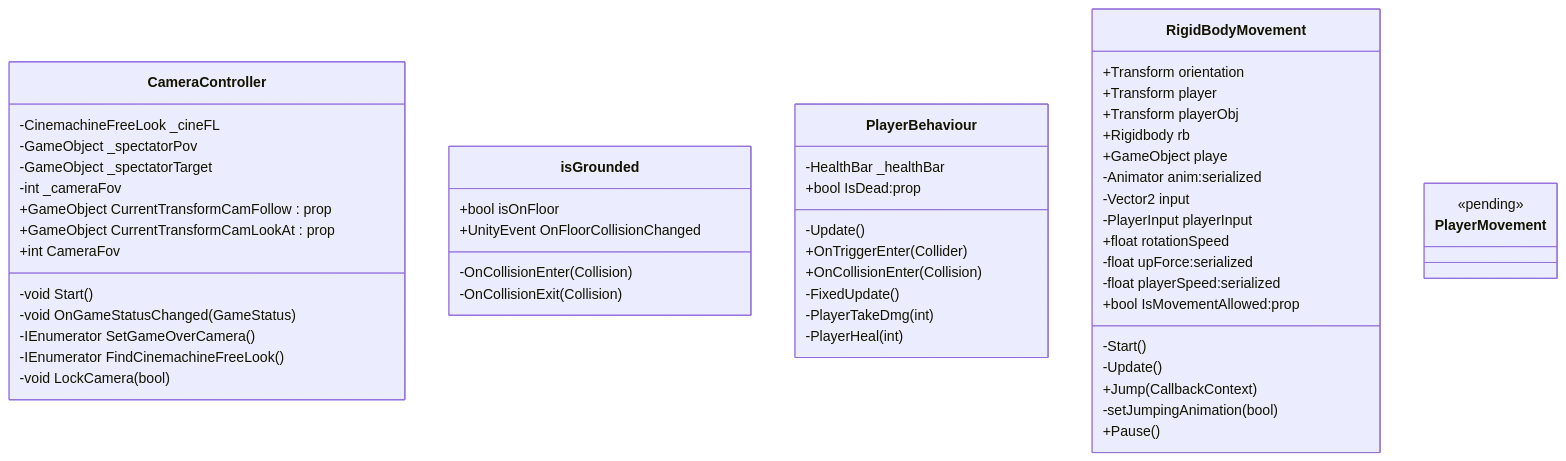
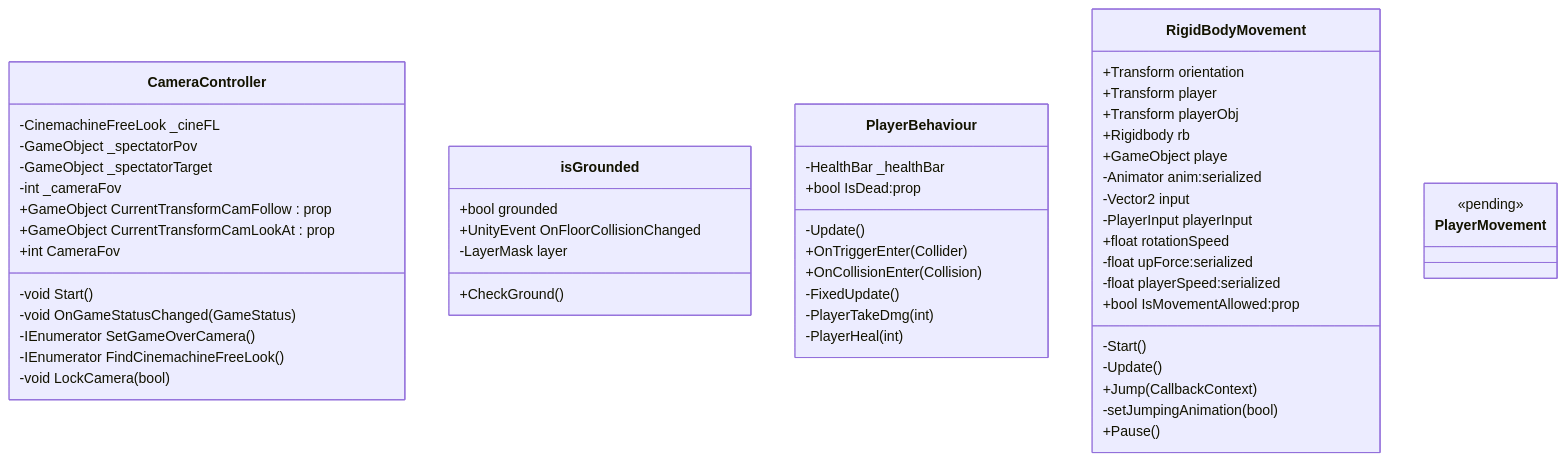
Before and after one commit to Eldamo24/Floor-is-Lava: the second of 5 diagrams in README.md, drawn with Mermaid.

````diff
--- a/README.md
+++ b/README.md
@@ -56,61 +56,62 @@
 ```mermaid
 classDiagram
 
     class CameraController{
         -CinemachineFreeLook _cineFL
         -GameObject _spectatorPov
         -GameObject _spectatorTarget
         -int _cameraFov
         +GameObject CurrentTransformCamFollow : prop
         +GameObject CurrentTransformCamLookAt : prop
         +int CameraFov
         -void Start()
         -void OnGameStatusChanged(GameStatus) 
         -IEnumerator SetGameOverCamera()
         -IEnumerator FindCinemachineFreeLook()
         -void LockCamera(bool)
         }
 		
 	class isGrounded{
-        +bool isOnFloor
+        +bool grounded
         +UnityEvent<bool> OnFloorCollisionChanged
-        -OnCollisionEnter(Collision)
-        -OnCollisionExit(Collision)
+	-LayerMask layer
+	+CheckGround()
+        
     }
 
 	    class PlayerBehaviour{
         -HealthBar _healthBar
         +bool IsDead:prop
         -Update()
         +OnTriggerEnter(Collider)
         +OnCollisionEnter(Collision)
         -FixedUpdate()
         -PlayerTakeDmg(int)
         -PlayerHeal(int)
     }
 	
     class RigidBodyMovement{
         +Transform orientation
         +Transform player
         +Transform playerObj
         +Rigidbody rb
         +GameObject playe
         -Animator anim:serialized
         -Vector2 input
         -PlayerInput playerInput
         +float rotationSpeed
         -float upForce:serialized
         -float playerSpeed:serialized
         +bool IsMovementAllowed:prop
         -Start()
         -Update()
         +Jump(CallbackContext)
         -setJumpingAnimation(bool)
         +Pause()
     }
 	
 	class PlayerMovement{
         <<pending>>
     }
 
 ```
````
